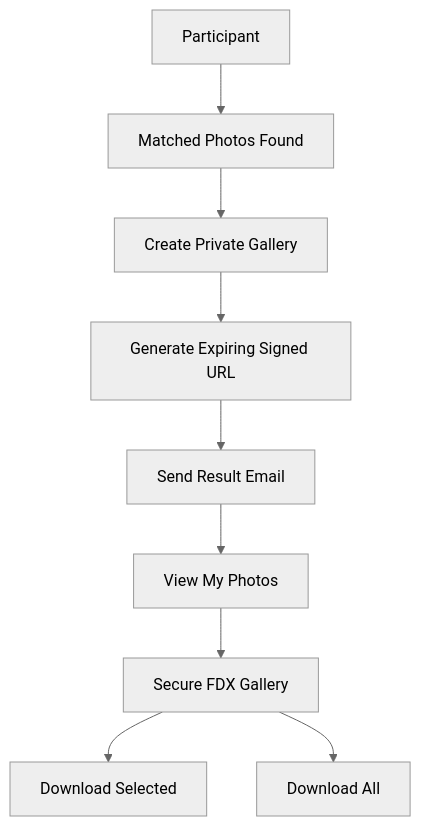
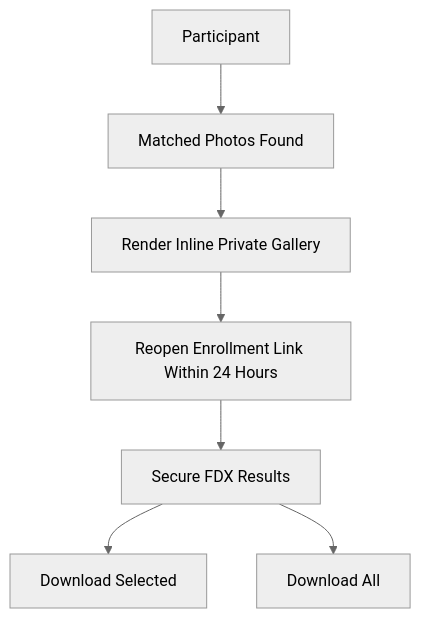
Diagram 15 of 18 in docs/workflow.md (Dijo-404/FDX), drawn with Mermaid (neutral theme) before and after one commit. The commit also changed other lines of this file and 8 other files, not shown here.

````diff
--- a/docs/workflow.md
+++ b/docs/workflow.md
@@ -424,11 +424,9 @@
 ```mermaid
 flowchart TD
     Participant[Participant] --> Found[Matched Photos Found]
-    Found --> Gallery[Create Private Gallery]
-    Gallery --> URL[Generate Expiring Signed URL]
-    URL --> Email[Send Result Email]
-    Email --> Open[View My Photos]
-    Open --> Secure[Secure FDX Gallery]
+    Found --> Gallery[Render Inline Private Gallery]
+    Gallery --> Open[Reopen Enrollment Link Within 24 Hours]
+    Open --> Secure[Secure FDX Results]
     Secure --> Selected[Download Selected]
     Secure --> All[Download All]
 ```
````
